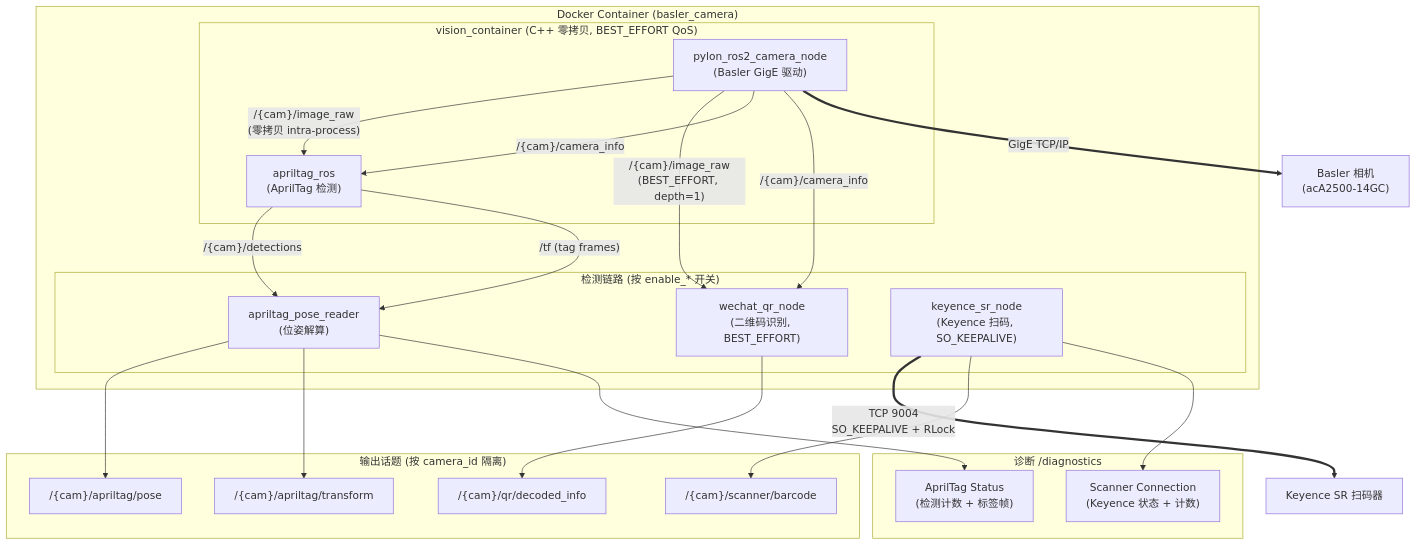
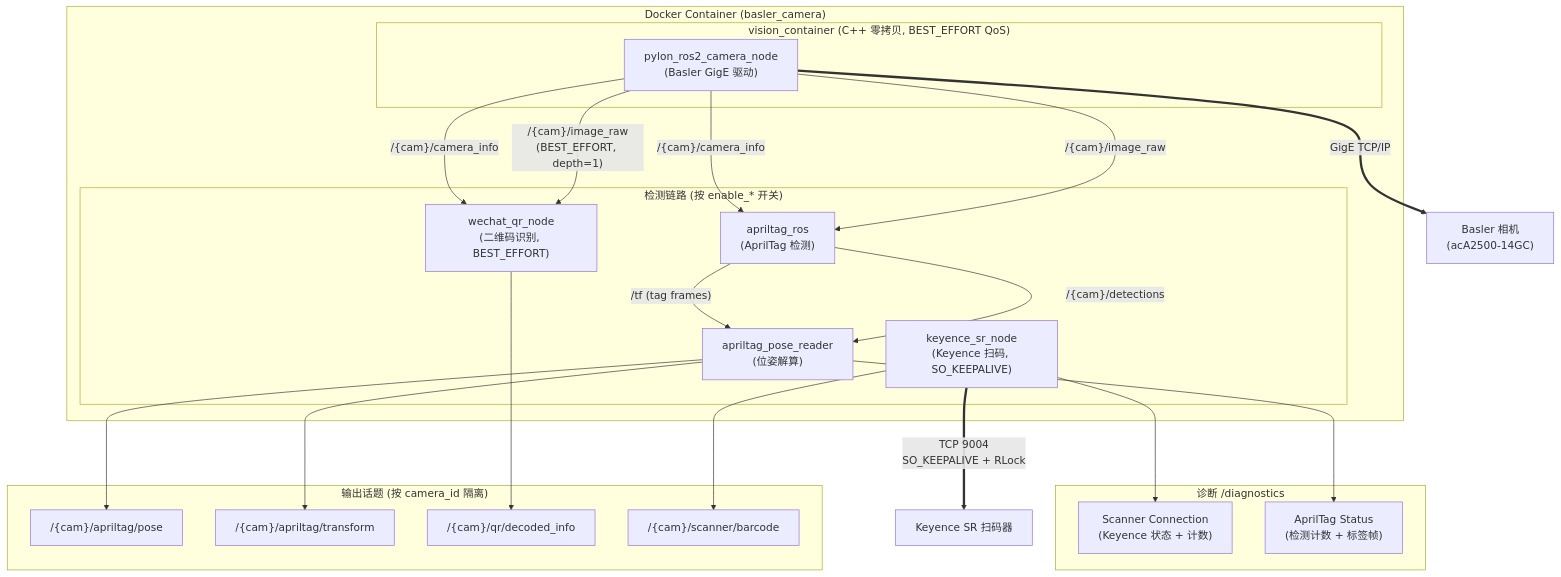
The first of 2 diagrams in README.md (jason889977/ros2_ws), drawn with Mermaid before and after one commit. The commit also changed other lines of this file and 96 other files, not shown here.

````diff
--- a/README.md
+++ b/README.md
@@ -45,46 +43,46 @@
 ```mermaid
 graph TB
     subgraph Docker Container ["Docker Container (basler_camera)"]
         subgraph ComponentContainer ["vision_container (C++ 零拷贝, BEST_EFFORT QoS)"]
             CAM["pylon_ros2_camera_node<br/>(Basler GigE 驱动)"]
-            AT["apriltag_ros<br/>(AprilTag 检测)"]
         end
 
         subgraph DetectionChain ["检测链路 (按 enable_* 开关)"]
             ATR["apriltag_pose_reader<br/>(位姿解算)"]
             QR["wechat_qr_node<br/>(二维码识别, BEST_EFFORT)"]
             KEY["keyence_sr_node<br/>(Keyence 扫码, SO_KEEPALIVE)"]
+            AT["apriltag_ros<br/>(AprilTag 检测)"]
         end
     end
 
-    CAM -- "/{cam}/image_raw<br/>(零拷贝 intra-process)" --> AT
+    CAM -- "/{cam}/image_raw" --> AT
     CAM -- "/{cam}/image_raw<br/>(BEST_EFFORT, depth=1)" --> QR
     CAM -- "/{cam}/camera_info" --> AT
     CAM -- "/{cam}/camera_info" --> QR
 
     AT -- "/{cam}/detections" --> ATR
     AT -- "/tf (tag frames)" --> ATR
 
     CAM ==>|"GigE TCP/IP"| CAMERA["Basler 相机<br/>(acA2500-14GC)"]
     KEY ==>|"TCP 9004<br/>SO_KEEPALIVE + RLock"| SCANNER["Keyence SR 扫码器"]
 
     subgraph OutputTopics ["输出话题 (按 camera_id 隔离)"]
         T1["/{cam}/apriltag/pose"]
         T2["/{cam}/apriltag/transform"]
         T3["/{cam}/qr/decoded_info"]
         T4["/{cam}/scanner/barcode"]
     end
 
     ATR --> T1
     ATR --> T2
     QR --> T3
     KEY --> T4
 
     subgraph Diagnostics ["诊断 /diagnostics"]
         D1["Scanner Connection<br/>(Keyence 状态 + 计数)"]
         D2["AprilTag Status<br/>(检测计数 + 标签帧)"]
     end
 
     KEY --> D1
     ATR --> D2
 ```
````
